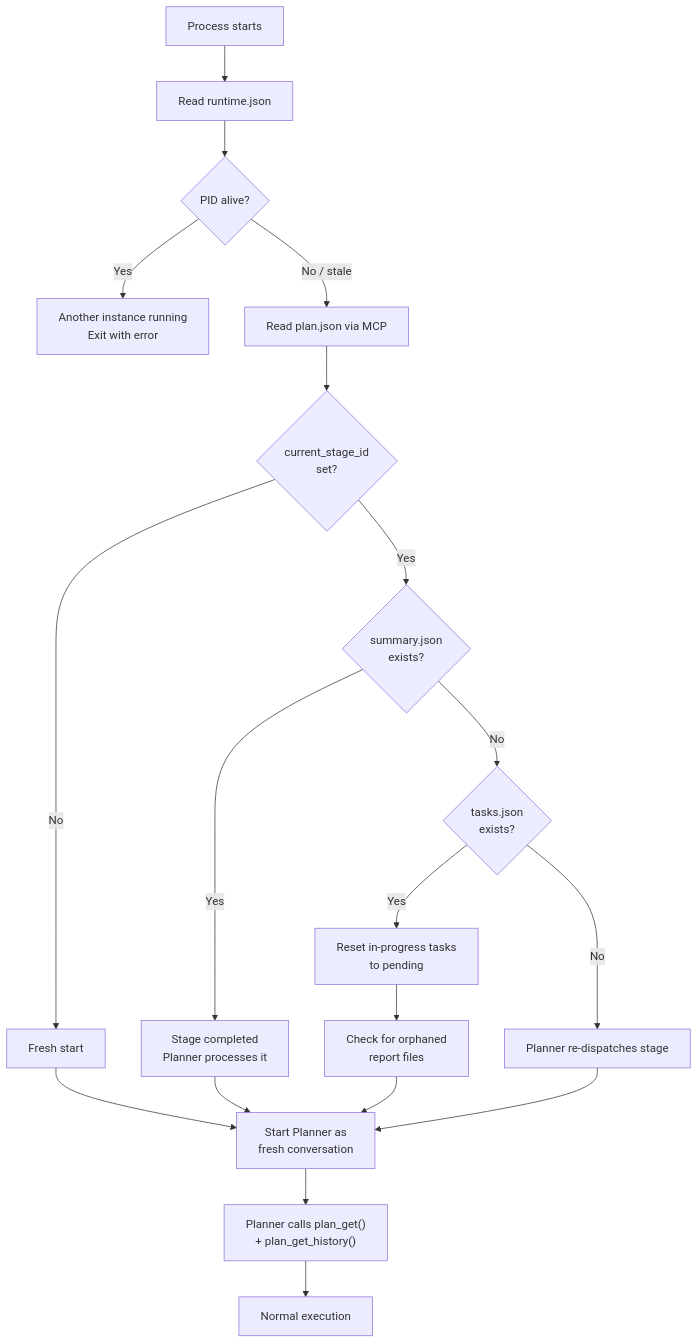
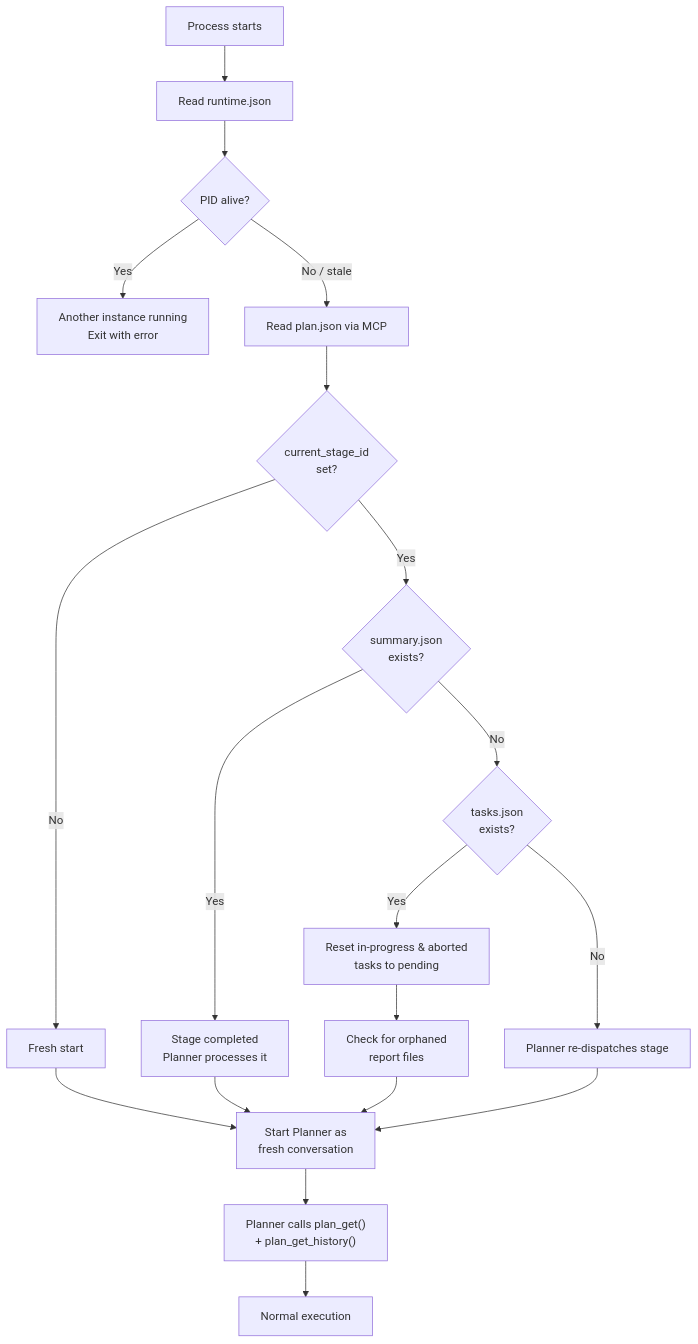
Before and after one commit to sfanapolo/saivage: diagram 12 of 14 in SPEC/v2/06-SYSTEM-DESIGN.md, drawn with Mermaid. The commit also changed other lines of this file and 4 other files, not shown here.

````diff
--- a/SPEC/v2/06-SYSTEM-DESIGN.md
+++ b/SPEC/v2/06-SYSTEM-DESIGN.md
@@ -607,22 +607,22 @@
 ```mermaid
 flowchart TD
     START["Process starts"] --> READ["Read runtime.json"]
     READ --> PID{"PID alive?"}
     PID -->|"Yes"| REFUSE["Another instance running<br/>Exit with error"]
     PID -->|"No / stale"| PLAN["Read plan.json via MCP"]
     PLAN --> STAGE{"current_stage_id<br/>set?"}
     STAGE -->|"No"| FRESH["Fresh start"]
     STAGE -->|"Yes"| SUMMARY{"summary.json<br/>exists?"}
     SUMMARY -->|"Yes"| PROCESS["Stage completed<br/>Planner processes it"]
     SUMMARY -->|"No"| TASKS{"tasks.json<br/>exists?"}
-    TASKS -->|"Yes"| RESET["Reset in-progress tasks<br/>to pending"]
+    TASKS -->|"Yes"| RESET["Reset in-progress & aborted<br/>tasks to pending"]
     TASKS -->|"No"| REDISPATCH["Planner re-dispatches stage"]
     
     RESET --> CHECK["Check for orphaned<br/>report files"]
     CHECK --> PLANNER["Start Planner as<br/>fresh conversation"]
     FRESH --> PLANNER
     PROCESS --> PLANNER
     REDISPATCH --> PLANNER
     PLANNER --> RECONSTRUCT["Planner calls plan_get()<br/>+ plan_get_history()"]
     RECONSTRUCT --> RESUME["Normal execution"]
 ```
````
